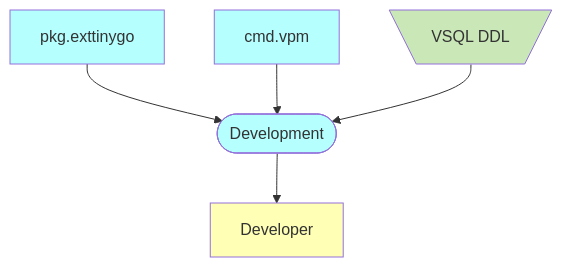
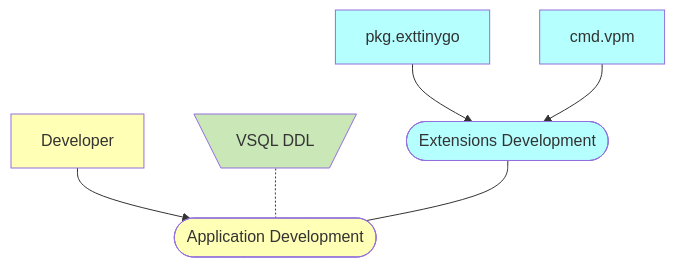
Before and after one commit to voedger/voedger-internals: the diagram in services-dev/README.md, drawn with Mermaid. The commit also changed 5 other files, not shown here.

````diff
--- a/services-dev/README.md
+++ b/services-dev/README.md
@@ -3,27 +3,30 @@
 ```mermaid
     graph TD
 
     %% Entities ====================
 
     Developer[Developer]:::B
 
     vsqlddl[\VSQL DDL/]:::H  
     pkg.exttinygo:::S
     cmd.vpm:::S
 
-    Development([Development]):::S
+    ExtDevelopment([Extensions Development]):::S
+    Development([Application Development]):::B
 
 
     %% Relations ====================
 
-    pkg.exttinygo --> Development
-    cmd.vpm --> Development
-    Development --> Developer
-    vsqlddl --> Development
+    pkg.exttinygo --> ExtDevelopment
+    cmd.vpm --> ExtDevelopment
+    Developer --> Development
+    vsqlddl -.- Development
+
+    ExtDevelopment --- Development
 
 
     classDef B fill:#FFFFB5,color:#333
     classDef S fill:#B5FFFF,color:#333
     classDef H fill:#C9E7B7,color:#333
     classDef G fill:#ffffff15, stroke:#999, stroke-width:2px, stroke-dasharray: 5 5
 ```
````
